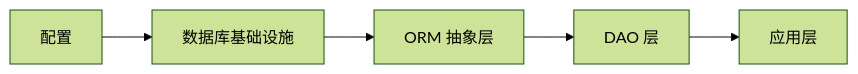
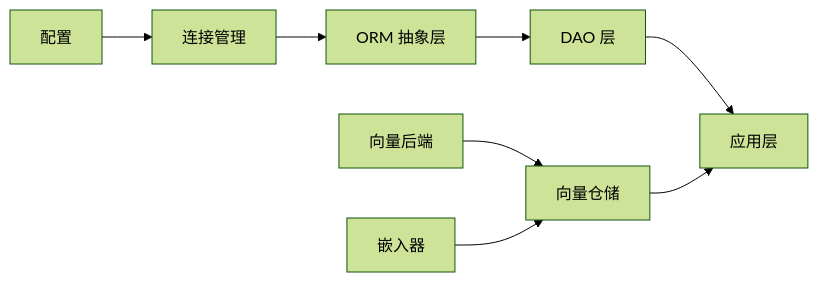
One commit to lilinzezzzzzz/fastapi-backend changed the tenth of 10 diagrams in .qoder/repowiki/zh/content/数据库集成/数据库集成.md. Above: the diagram before and after it, drawn with Mermaid (forest theme). The commit also changed other lines of this file and 42 other files, not shown here.

````diff
--- a/.qoder/repowiki/zh/content/数据库集成/数据库集成.md
+++ b/.qoder/repowiki/zh/content/数据库集成/数据库集成.md
@@ -365,7 +582,10 @@
 ```mermaid
 graph LR
-CFG["配置"] --> INF["数据库基础设施"]
-INF --> ORM["ORM 抽象层"]
+CFG["配置"] --> CONN["连接管理"]
+CONN --> ORM["ORM 抽象层"]
 ORM --> DAO["DAO 层"]
 DAO --> APP["应用层"]
+VECBACK["向量后端"] --> VECREPO["向量仓储"]
+EMBED["嵌入器"] --> VECREPO
+VECREPO --> APP
 ```
````
